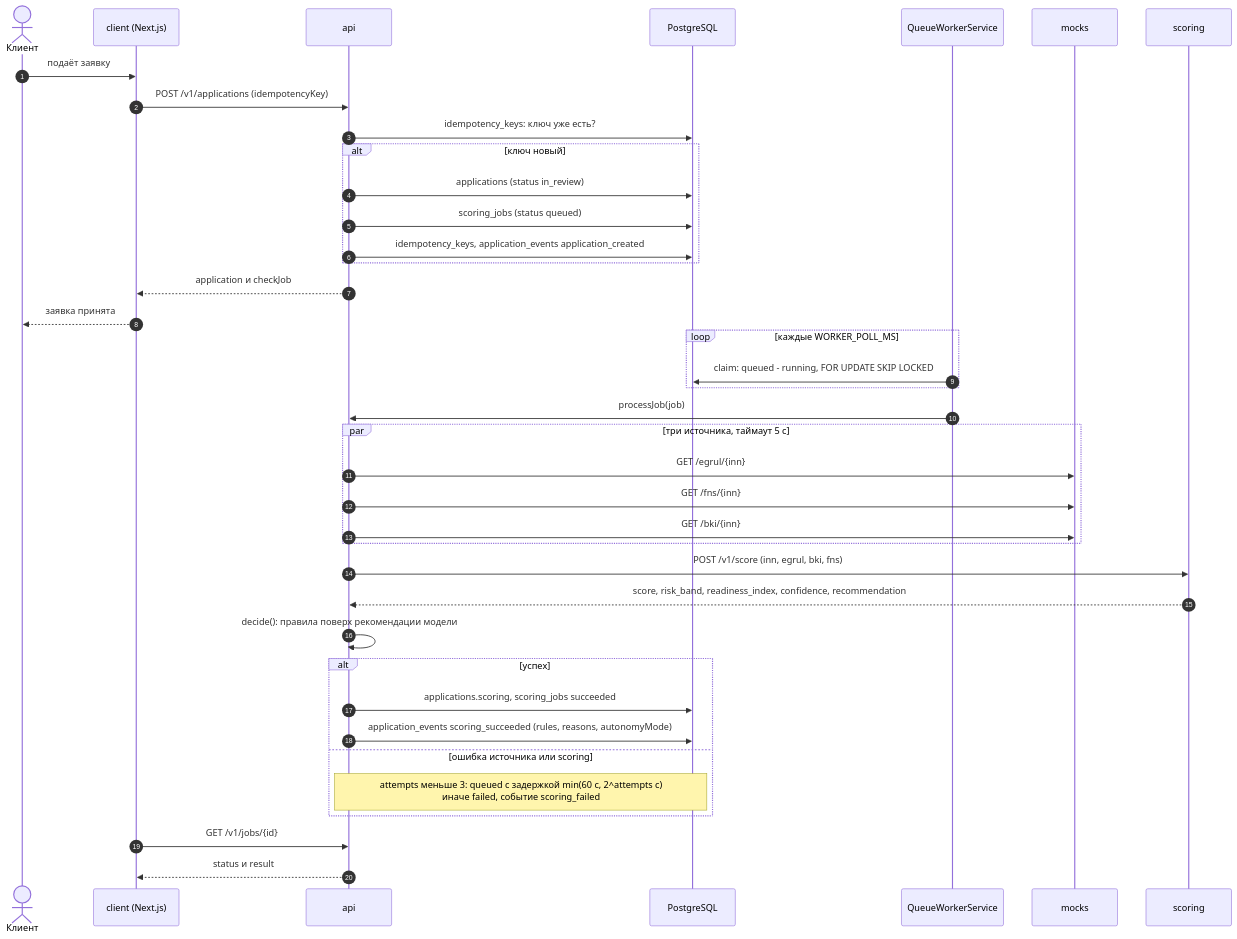
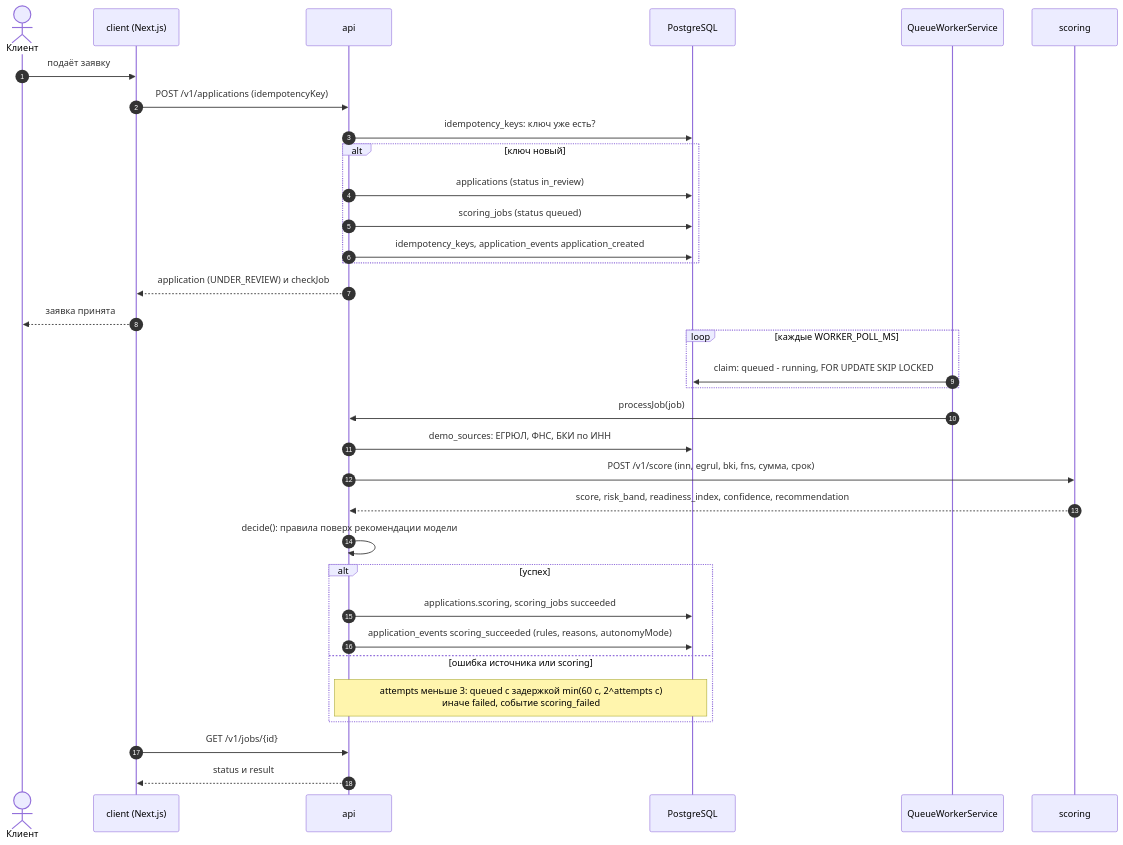
Before and after one commit to DjonniStorm/smart-credit-dashboard: the first of 2 diagrams in docs/diagrams/03-submission-sequence.md, drawn with Mermaid. The commit also changed other lines of this file and 10 other files, not shown here.

First line of the commit message:
docs: обновить диаграммы под api-first

````diff
--- a/docs/diagrams/03-submission-sequence.md
+++ b/docs/diagrams/03-submission-sequence.md
@@ -7,44 +7,39 @@
 ```mermaid
 sequenceDiagram
   autonumber
   actor C as Клиент
   participant W as client (Next.js)
   participant A as api
   participant DB as PostgreSQL
   participant Q as QueueWorkerService
-  participant M as mocks
   participant S as scoring
 
   C->>W: подаёт заявку
   W->>A: POST /v1/applications (idempotencyKey)
   A->>DB: idempotency_keys: ключ уже есть?
   alt ключ новый
     A->>DB: applications (status in_review)
     A->>DB: scoring_jobs (status queued)
     A->>DB: idempotency_keys, application_events application_created
   end
-  A-->>W: application и checkJob
+  A-->>W: application (UNDER_REVIEW) и checkJob
   W-->>C: заявка принята
 
   loop каждые WORKER_POLL_MS
     Q->>DB: claim: queued - running, FOR UPDATE SKIP LOCKED
   end
   Q->>A: processJob(job)
-  par три источника, таймаут 5 с
-    A->>M: GET /egrul/{inn}
-    A->>M: GET /fns/{inn}
-    A->>M: GET /bki/{inn}
-  end
-  A->>S: POST /v1/score (inn, egrul, bki, fns)
+  A->>DB: demo_sources: ЕГРЮЛ, ФНС, БКИ по ИНН
+  A->>S: POST /v1/score (inn, egrul, bki, fns, сумма, срок)
   S-->>A: score, risk_band, readiness_index, confidence, recommendation
   A->>A: decide(): правила поверх рекомендации модели
   alt успех
     A->>DB: applications.scoring, scoring_jobs succeeded
     A->>DB: application_events scoring_succeeded (rules, reasons, autonomyMode)
   else ошибка источника или scoring
     Note over A,DB: attempts меньше 3: queued с задержкой min(60 с, 2^attempts с)<br/>иначе failed, событие scoring_failed
   end
 
   W->>A: GET /v1/jobs/{id}
   A-->>W: status и result
 ```
````
